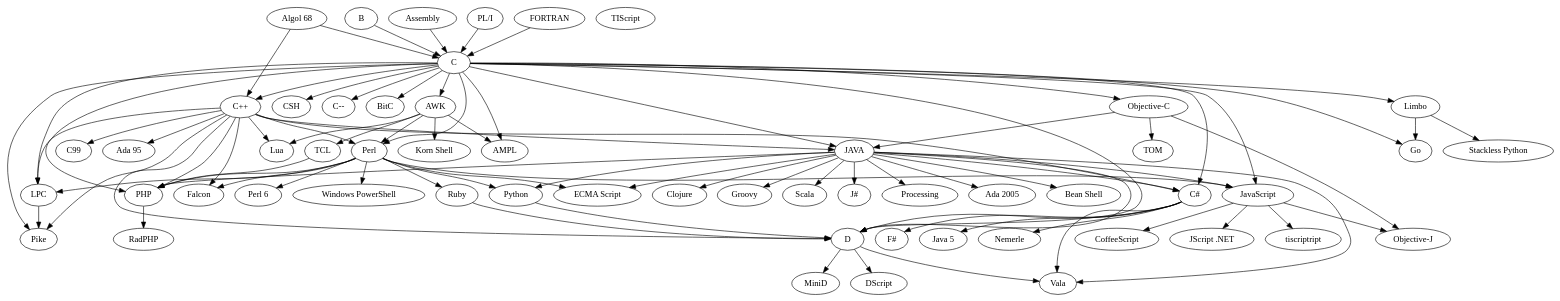
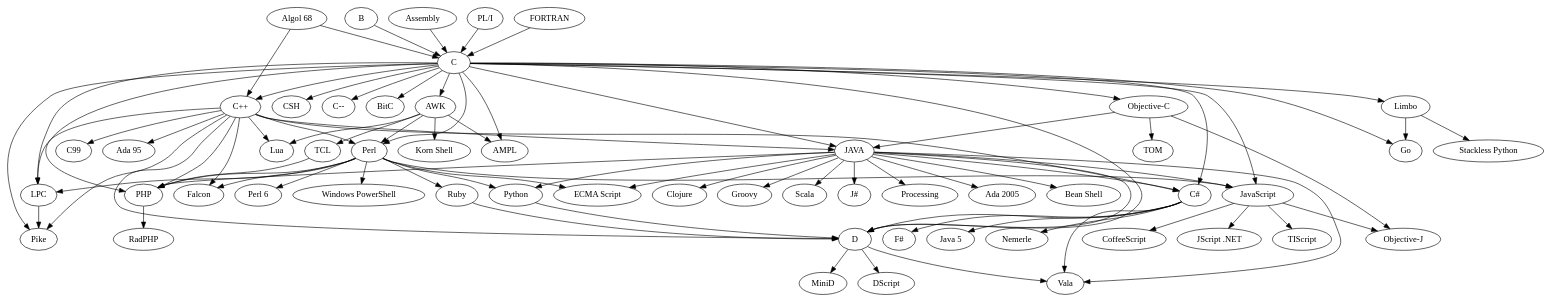
One commit to davromaniak/Programming-Languages-From-C changed the diagram in languages_from_c.dot. Above: the diagram before and after it, drawn with Graphviz. The commit also changed 1 other file, not shown here.

Commit message:
- Fixed a typo on TIScript link

```diff
--- a/languages_from_c.dot
+++ b/languages_from_c.dot
@@ -1,143 +1,143 @@
 strict digraph "<stdin>" {
 rankdir=TB
 b [label="B"]
 c [label="C"]
 algol68 [label="Algol 68"]
 assembly [label="Assembly"]
 pli [label="PL/I"]
 fortran [label="FORTRAN"]
 ampl [label="AMPL"]
 awk [label="AWK"]
 csh [label="CSH"]
 cplusplus [label="C++"]
 cminusminus [label="C--"]
 csharp [label="C#"]
 objectivec [label="Objective-C"]
 bitc [label="BitC"]
 d [label="D"]
 go [label="Go"]
 java [label="JAVA"]
 javascript [label="JavaScript"]
 limbo [label="Limbo"]
 lpc [label="LPC"]
 perl [label="Perl"]
 php [label="PHP"]
 pike [label="Pike"]
 processing [label="Processing"]
 tcl [label="TCL"]
 ksh [label="Korn Shell"]
 lua [label="Lua"]
 c99 [label="C99"]
 falcon [label="Falcon"]
 ada95 [label="Ada 95"]
 fsharp [label="F#"]
 java5 [label="Java 5"]
 nemerle [label="Nemerle"]
 vala [label="Vala"]
 tom [label="TOM"]
 objectivej [label="Objective-J"]
 minid [label="MiniD"]
 dscript [label="DScript"]
 python [label="Python"]
 ruby [label="Ruby"]
 ada2005 [label="Ada 2005"]
 beanshell [label="Bean Shell"]
 clojure [label="Clojure"]
 ecmascript [label="ECMA Script"]
 groovy [label="Groovy"]
 scala [label="Scala"]
 coffeescript [label="CoffeeScript"]
 jscriptnet [label="JScript .NET"]
 tiscript [label="TIScript"]
 stacklesspython [label="Stackless Python"]
 windowspowershell [label="Windows PowerShell"]
 perl6 [label="Perl 6"]
 radphp [label="RadPHP"]
 jsharp [label="J#"]
 
 b->c
 algol68->c
 algol68->cplusplus
 assembly->c
 pli->c
 fortran->c
 c->ampl
 c->awk
 c->csh
 c->cplusplus
 c->cminusminus
 c->csharp
 c->objectivec
 c->bitc
 c->d
 c->go
 c->java
 c->javascript
 c->limbo
 c->lpc
 c->perl
 c->php
 c->pike
 awk->ampl
 awk->tcl
 awk->ksh
 awk->lua
 awk->perl
 cplusplus->perl
 cplusplus->lpc
 cplusplus->lua
 cplusplus->pike
 cplusplus->ada95
 cplusplus->java
 cplusplus->php
 cplusplus->d
 cplusplus->c99
 cplusplus->csharp
 cplusplus->falcon
 csharp->d
 csharp->fsharp
 csharp->java5
 csharp->nemerle
 csharp->vala
 java->csharp
 java->d
 java->ada2005
 java->beanshell
 java->csharp
 java->clojure
 java->ecmascript
 java->groovy
 java->jsharp
 java->javascript
 java->php
 java->processing
 java->python
 java->scala
 java->vala
 javascript->coffeescript
 javascript->jscriptnet
 javascript->objectivej
-javascript->tiscriptript
+javascript->tiscript
 python->d
 ruby->d
 objectivec->tom
 objectivec->java
 objectivec->objectivej
 d->minid
 d->dscript
 d->vala
 limbo->go
 limbo->stacklesspython
 lpc->pike
 perl->python
 perl->php
 perl->ruby
 perl->ecmascript
 perl->lpc
 perl->windowspowershell
 perl->javascript
 perl->falcon
 perl->perl6
 php->radphp
 tcl->php
 }
```
